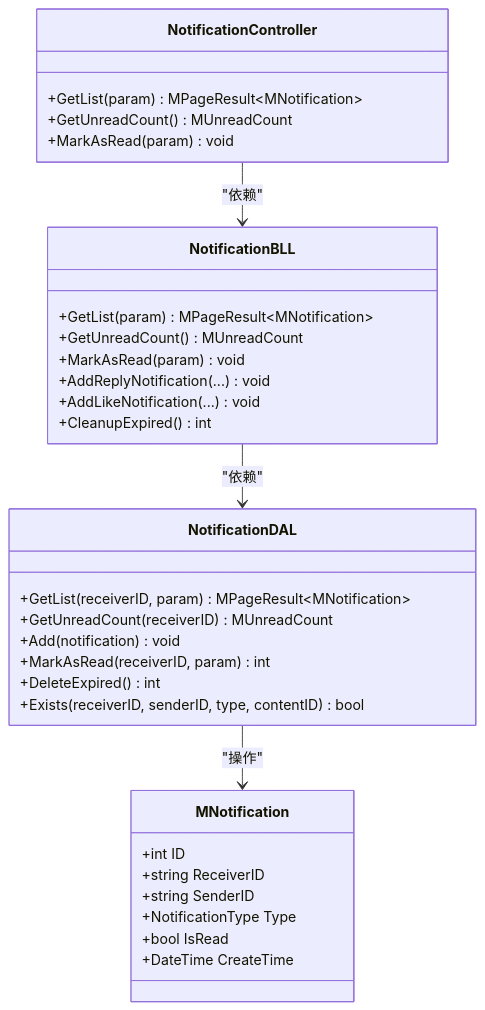
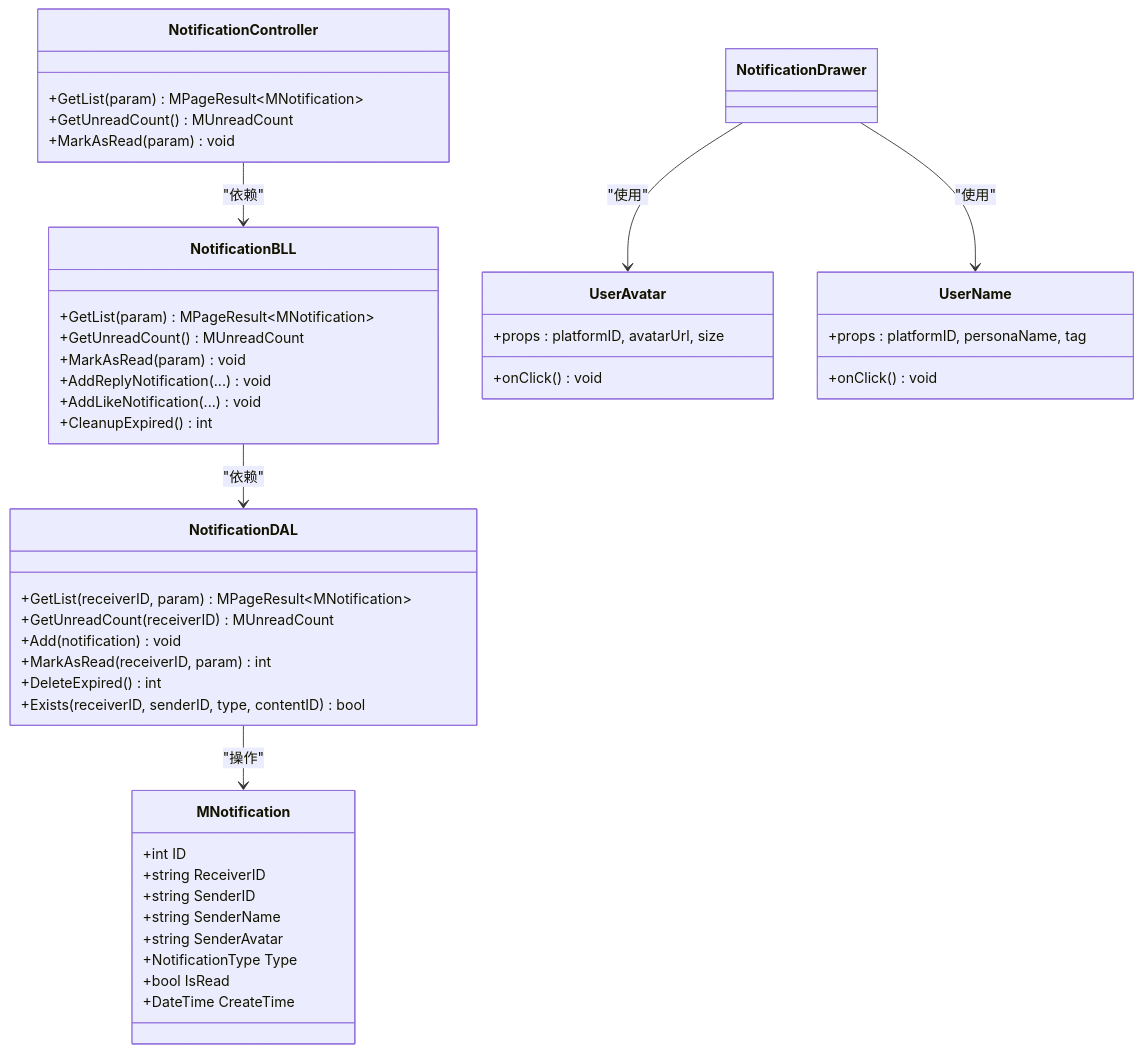
Before and after one commit to TinyMaD/SpeedRunnersLab: the second of 3 diagrams in .qoder/repowiki/zh/content/Notification System.md, drawn with Mermaid. The commit also changed other lines of this file and 9 other files, not shown here.

````diff
--- a/.qoder/repowiki/zh/content/Notification System.md
+++ b/.qoder/repowiki/zh/content/Notification System.md
@@ -108,35 +129,47 @@
 ```mermaid
 classDiagram
 class NotificationController {
 +GetList(param) MPageResult~MNotification~
 +GetUnreadCount() MUnreadCount
 +MarkAsRead(param) void
 }
 class NotificationBLL {
 +GetList(param) MPageResult~MNotification~
 +GetUnreadCount() MUnreadCount
 +MarkAsRead(param) void
 +AddReplyNotification(...) void
 +AddLikeNotification(...) void
 +CleanupExpired() int
 }
 class NotificationDAL {
 +GetList(receiverID, param) MPageResult~MNotification~
 +GetUnreadCount(receiverID) MUnreadCount
 +Add(notification) void
 +MarkAsRead(receiverID, param) int
 +DeleteExpired() int
 +Exists(receiverID, senderID, type, contentID) bool
 }
 class MNotification {
 +int ID
 +string ReceiverID
 +string SenderID
++string SenderName
++string SenderAvatar
 +NotificationType Type
 +bool IsRead
 +DateTime CreateTime
 }
+class UserAvatar {
++props : platformID, avatarUrl, size
++onClick() void
+}
+class UserName {
++props : platformID, personaName, tag
++onClick() void
+}
 NotificationController --> NotificationBLL : "依赖"
 NotificationBLL --> NotificationDAL : "依赖"
 NotificationDAL --> MNotification : "操作"
+NotificationDrawer --> UserAvatar : "使用"
+NotificationDrawer --> UserName : "使用"
 ```
````
